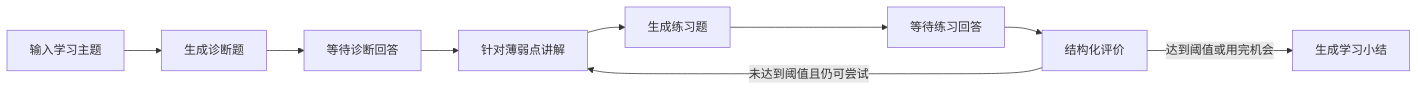
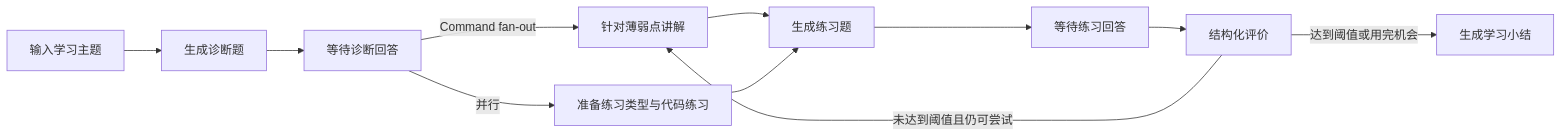
One commit to gtfy12345/learning-coach changed the first of 7 diagrams in README.md. Above: the diagram before and after it, drawn with Mermaid. The commit also changed other lines of this file and 13 other files, not shown here.

Commit message:
feat(langgraph): 完成状态图进阶交付

````diff
--- a/README.md
+++ b/README.md
@@ -11,11 +11,13 @@
 ```mermaid
 flowchart LR
     A[输入学习主题] --> B[生成诊断题]
     B --> C[等待诊断回答]
-    C --> D[针对薄弱点讲解]
-    D --> E[生成练习题]
-    E --> F[等待练习回答]
+    C -->|Command fan-out| D[针对薄弱点讲解]
+    C -->|并行| P[准备练习类型与代码练习]
+    D --> Q[生成练习题]
+    P --> Q
+    Q --> F[等待练习回答]
     F --> G[结构化评价]
     G -->|未达到阈值且仍可尝试| D
     G -->|达到阈值或用完机会| H[生成学习小结]
 ```
````
